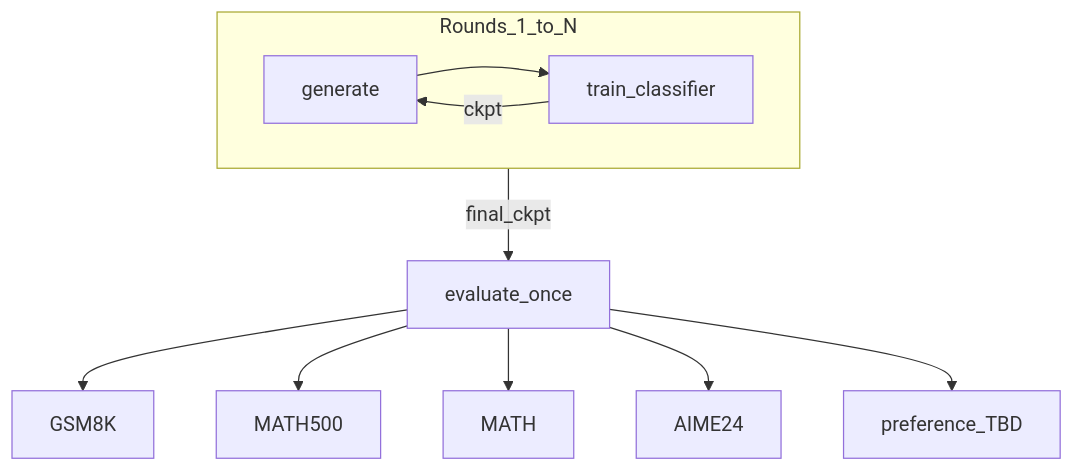
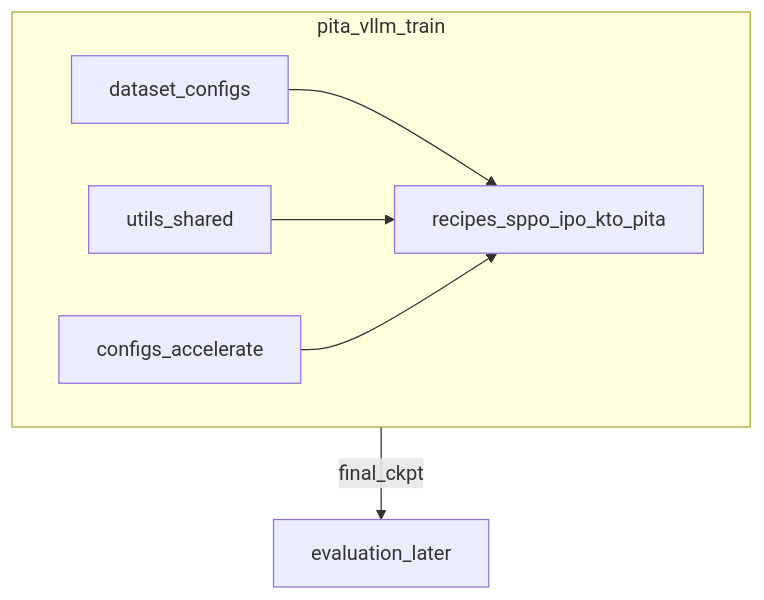
The diagram in Project_plan.md (SaratBobbili/pita), drawn with Mermaid before and after one commit. The commit also changed other lines of this file and 51 other files, not shown here.

Commit message:
pita refactor for vllm

````diff
--- a/Project_plan.md
+++ b/Project_plan.md
@@ -132,15 +130,13 @@
 ```mermaid
 flowchart TD
-  subgraph rounds [Rounds_1_to_N]
-    gen[generate]
-    train[train_classifier]
-    gen --> train
-    train -->|ckpt| gen
+  subgraph trainTree [pita_vllm_train]
+    ds[dataset_configs]
+    recipes[recipes_sppo_ipo_kto_pita]
+    utils[utils_shared]
+    infra[configs_accelerate]
+    ds --> recipes
+    utils --> recipes
+    infra --> recipes
   end
-  rounds -->|final_ckpt| onceEval[evaluate_once]
-  onceEval --> gsm8k[GSM8K]
-  onceEval --> math500[MATH500]
-  onceEval --> mathFull[MATH]
-  onceEval --> aime24[AIME24]
-  onceEval --> prefEval[preference_TBD]
+  trainTree -->|final_ckpt| evalTree[evaluation_later]
 ```
````
